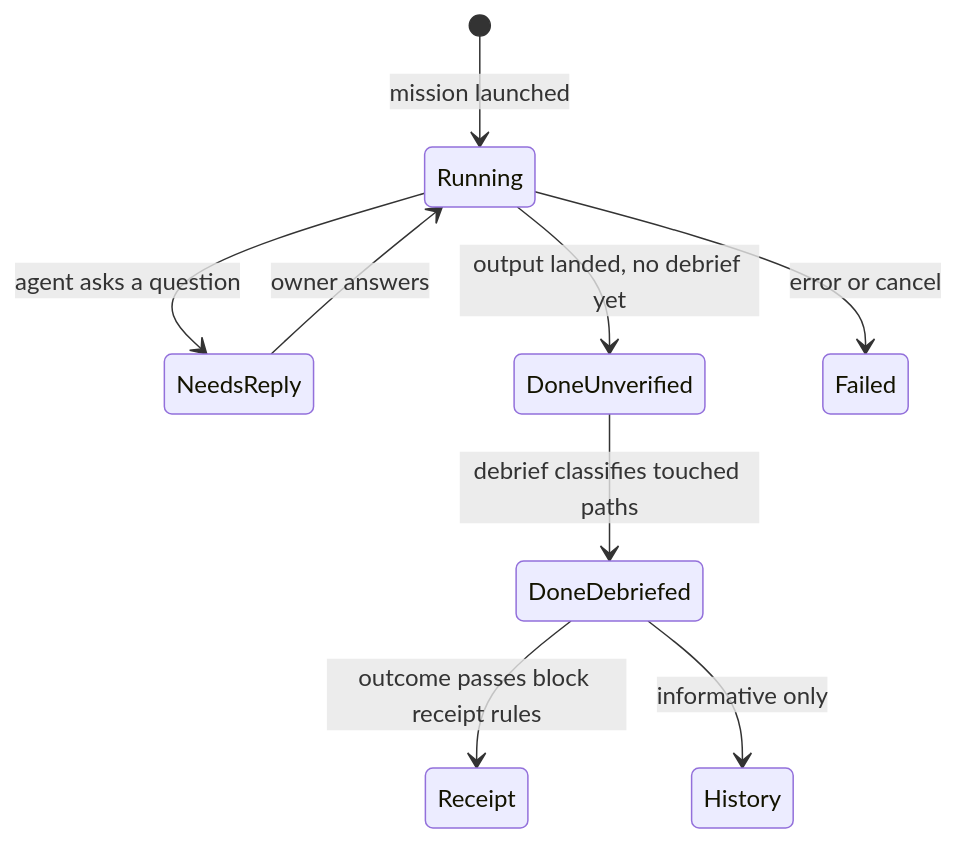
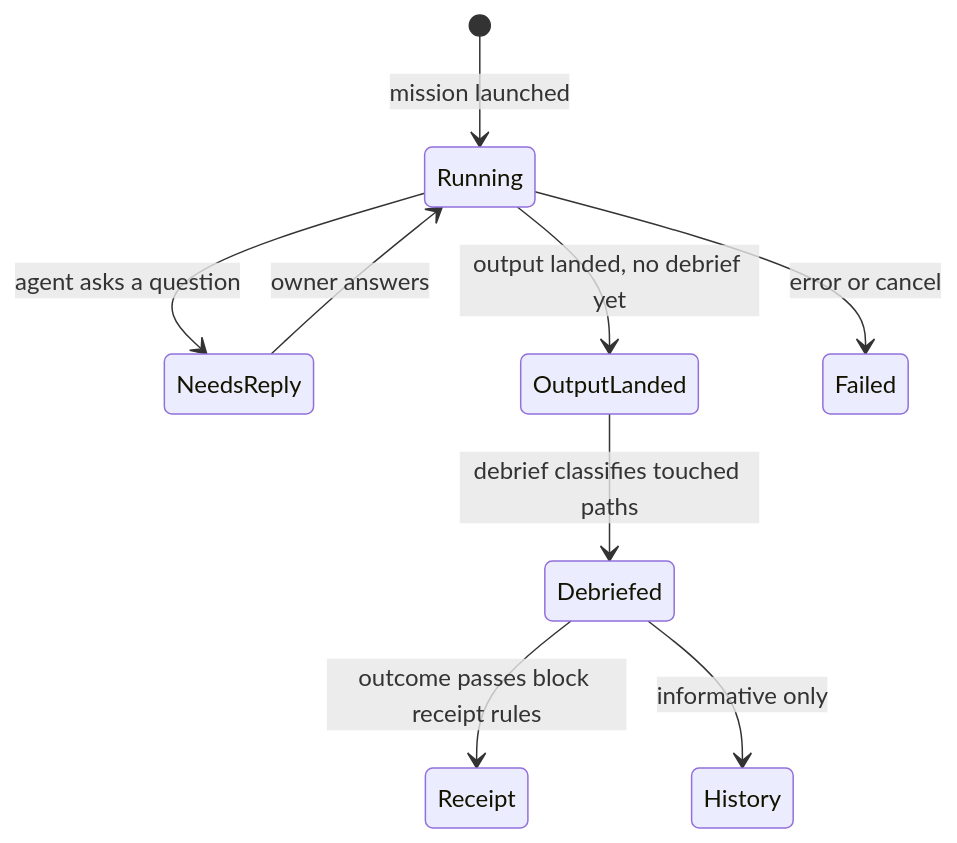
Before and after one commit to maxkle1nz/m1nd: the ninth of 20 diagrams in docs/HUMAN-VIEW-V2-UML.md, drawn with Mermaid. The commit also changed other lines of this file and 2 other files, not shown here.

````diff
--- a/docs/HUMAN-VIEW-V2-UML.md
+++ b/docs/HUMAN-VIEW-V2-UML.md
@@ -195,11 +195,11 @@
 ```mermaid
 stateDiagram-v2
     [*] --> Running : mission launched
     Running --> NeedsReply : agent asks a question
     NeedsReply --> Running : owner answers
-    Running --> DoneUnverified : output landed, no debrief yet
-    DoneUnverified --> DoneDebriefed : debrief classifies touched paths
+    Running --> OutputLanded : output landed, no debrief yet
+    OutputLanded --> Debriefed : debrief classifies touched paths
     Running --> Failed : error or cancel
-    DoneDebriefed --> Receipt : outcome passes block receipt rules
-    DoneDebriefed --> History : informative only
+    Debriefed --> Receipt : outcome passes block receipt rules
+    Debriefed --> History : informative only
 ```
````
